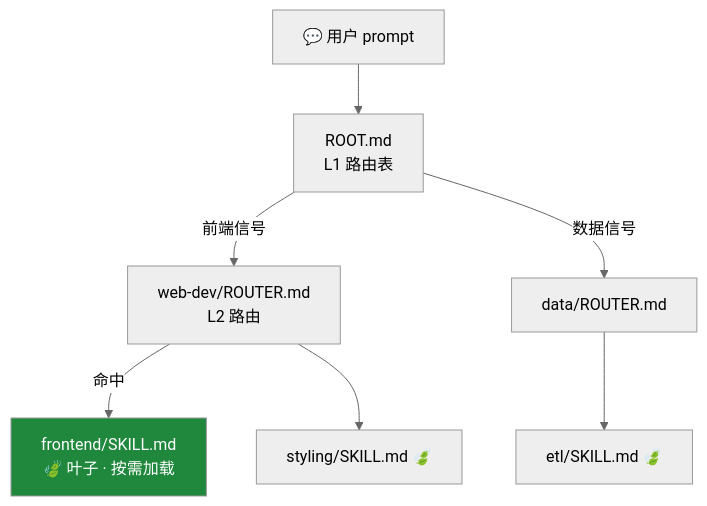
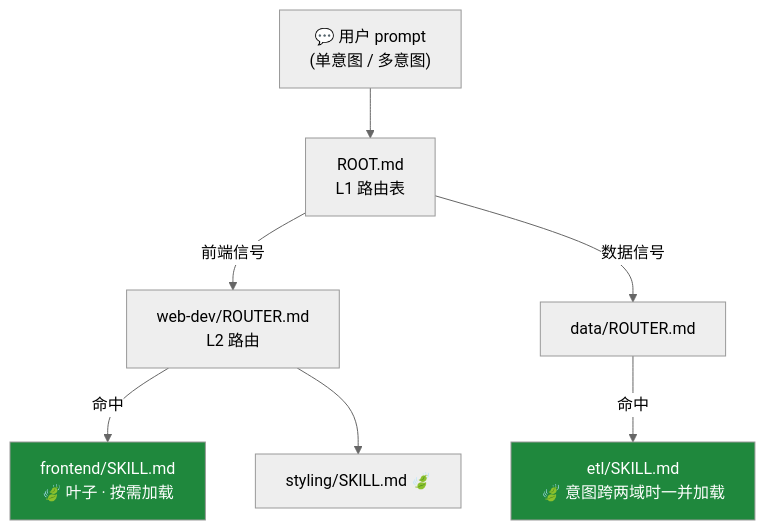
Before and after one commit to maipianworni/SkillTree: the diagram in README.zh.md, drawn with Mermaid (neutral theme). The commit also changed other lines of this file and 1 other file, not shown here.

First line of the commit message:
docs: clarify SkillTree supports multi-leaf routing

````diff
--- a/README.zh.md
+++ b/README.zh.md
@@ -70,10 +71,11 @@
 ```mermaid
 flowchart TD
-    P["💬 用户 prompt"] --> ROOT["ROOT.md<br/>L1 路由表"]
+    P["💬 用户 prompt<br/>(单意图 / 多意图)"] --> ROOT["ROOT.md<br/>L1 路由表"]
     ROOT -->|前端信号| R1["web-dev/ROUTER.md<br/>L2 路由"]
     ROOT -->|数据信号| R2["data/ROUTER.md"]
     R1 -->|命中| L1["frontend/SKILL.md<br/>🍃 叶子 · 按需加载"]
     R1 --> L2["styling/SKILL.md 🍃"]
-    R2 --> L3["etl/SKILL.md 🍃"]
+    R2 -->|命中| L3["etl/SKILL.md<br/>🍃 意图跨两域时一并加载"]
     style L1 fill:#1f883d,color:#fff
+    style L3 fill:#1f883d,color:#fff
 ```
````
